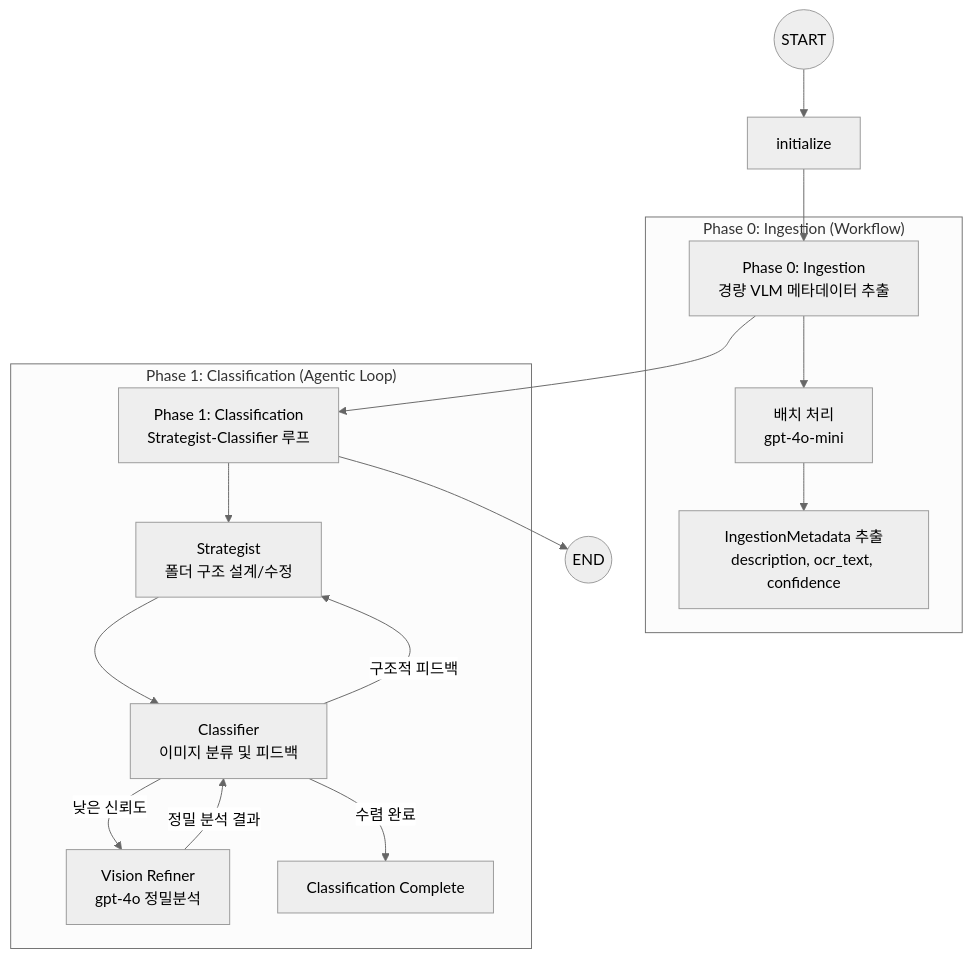
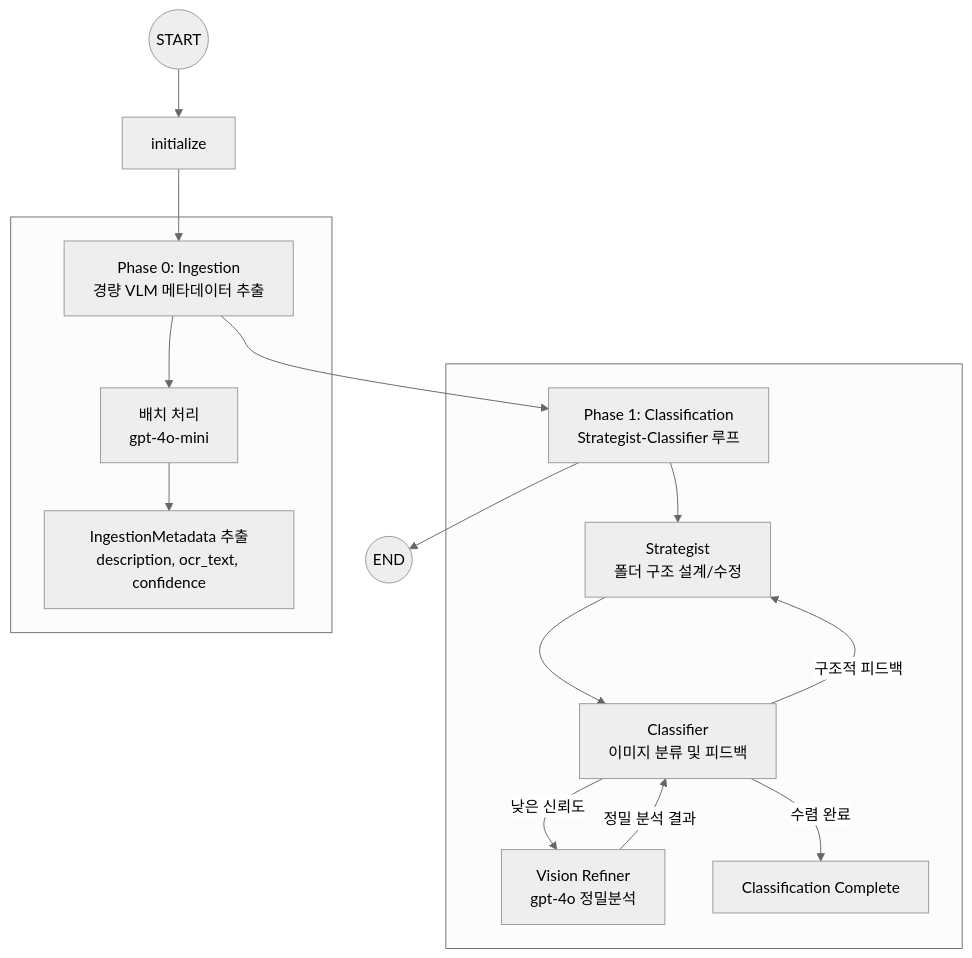
Before and after one commit to hnjee/capture-insight: the diagram in README.md, drawn with Mermaid (neutral theme).

````diff
--- a/README.md
+++ b/README.md
@@ -26,21 +26,21 @@
 ```mermaid
 flowchart TB
     START((START)) --> init[initialize]
     init --> ingestion[Phase 0: Ingestion<br/>경량 VLM 메타데이터 추출]
     ingestion --> classification[Phase 1: Classification<br/>Strategist-Classifier 루프]
     classification --> END((END))
     
-    subgraph ingestion_phase["Phase 0: Ingestion (Workflow)"]
-        ingestion --> batch[배치 처리<br/>gpt-4o-mini]
-        batch --> metadata[IngestionMetadata 추출<br/>description, ocr_text, confidence]
-    end
-    
-    subgraph classification_phase["Phase 1: Classification (Agentic Loop)"]
+    subgraph classification_phase[" "]
         classification --> strategist[Strategist<br/>폴더 구조 설계/수정]
         strategist --> classifier[Classifier<br/>이미지 분류 및 피드백]
         classifier -->|낮은 신뢰도| refiner[Vision Refiner<br/>gpt-4o 정밀분석]
         classifier -->|구조적 피드백| strategist
         refiner -->|정밀 분석 결과| classifier
         classifier -->|수렴 완료| complete[Classification Complete]
     end
+    
+    subgraph ingestion_phase[" "]
+        ingestion --> batch[배치 처리<br/>gpt-4o-mini]
+        batch --> metadata[IngestionMetadata 추출<br/>description, ocr_text, confidence]
+    end
 ```
````
